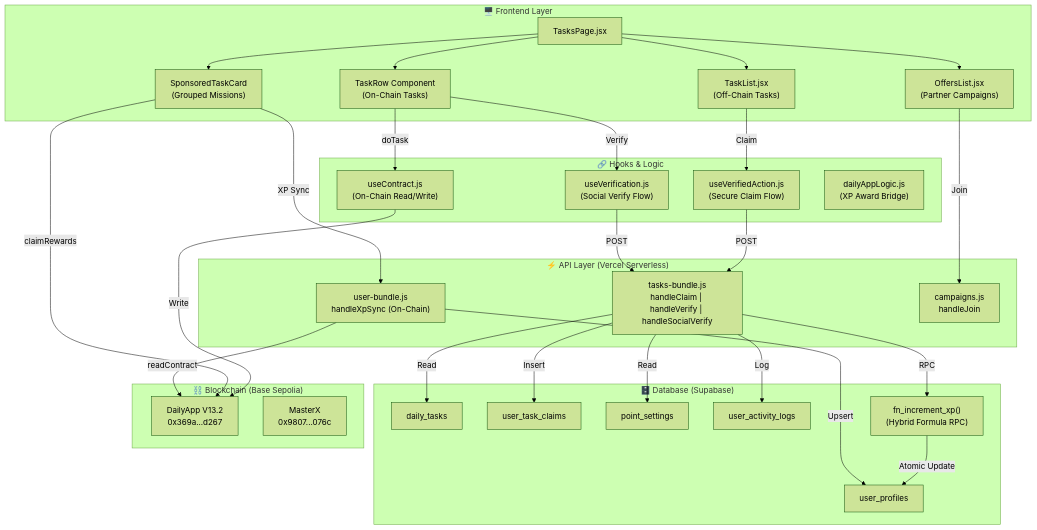
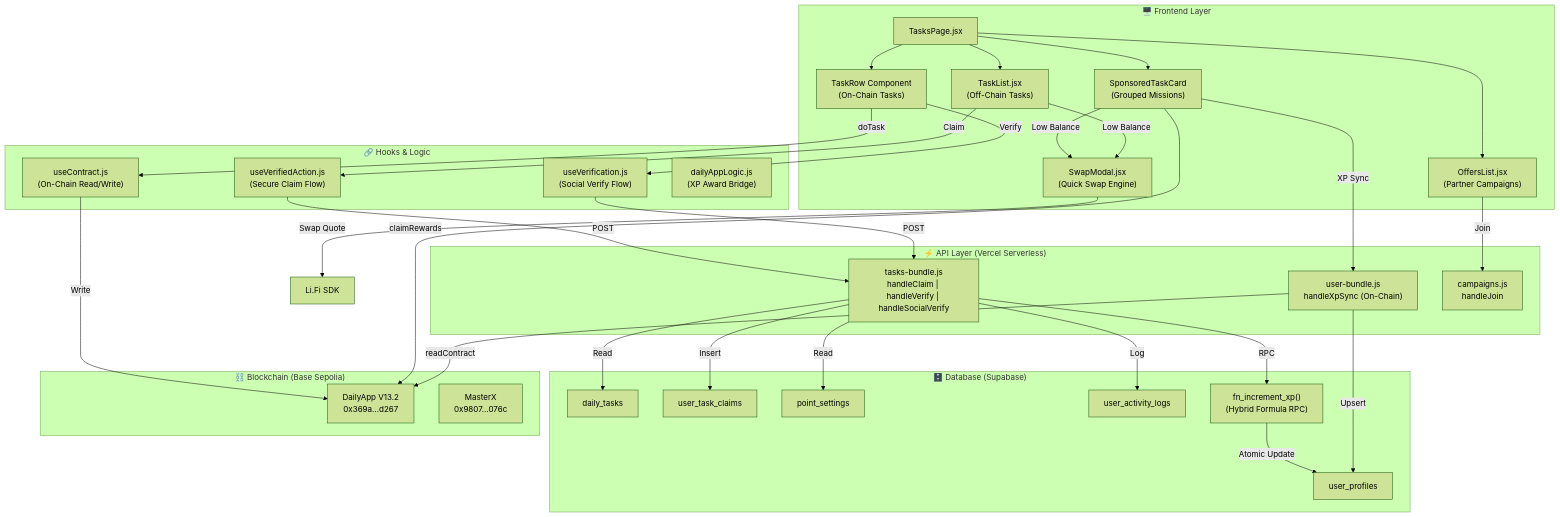
One commit to cryptodiscolab/Crypto_Discovery_App changed the first of 8 diagrams in PRD/TASK_FEATURE_WORKFLOW.md. Above: the diagram before and after it, drawn with Mermaid (forest theme). The commit also changed other lines of this file and 3 other files, not shown here.

````diff
--- a/PRD/TASK_FEATURE_WORKFLOW.md
+++ b/PRD/TASK_FEATURE_WORKFLOW.md
@@ -30,54 +30,58 @@
 ```mermaid
 graph TB
     subgraph "🖥️ Frontend Layer"
         TP["TasksPage.jsx"]
         TL["TaskList.jsx<br/>(Off-Chain Tasks)"]
         TR["TaskRow Component<br/>(On-Chain Tasks)"]
         STC["SponsoredTaskCard<br/>(Grouped Missions)"]
         OL["OffersList.jsx<br/>(Partner Campaigns)"]
+        SM["SwapModal.jsx<br/>(Quick Swap Engine)"]
     end
 
     subgraph "🔗 Hooks & Logic"
         UV["useVerification.js<br/>(Social Verify Flow)"]
         UVA["useVerifiedAction.js<br/>(Secure Claim Flow)"]
         UC["useContract.js<br/>(On-Chain Read/Write)"]
         DAL["dailyAppLogic.js<br/>(XP Award Bridge)"]
     end
 
     subgraph "⚡ API Layer (Vercel Serverless)"
         TB["tasks-bundle.js<br/>handleClaim | handleVerify | handleSocialVerify"]
         UB["user-bundle.js<br/>handleXpSync (On-Chain)"]
         CB["campaigns.js<br/>handleJoin"]
     end
 
     subgraph "🗄️ Database (Supabase)"
         DT["daily_tasks"]
         UTC["user_task_claims"]
         UP["user_profiles"]
         PS["point_settings"]
         UAL["user_activity_logs"]
         FN["fn_increment_xp()<br/>(Hybrid Formula RPC)"]
     end
 
     subgraph "⛓️ Blockchain (Base Sepolia)"
         DA["DailyApp V13.2<br/>0x369a...d267"]
         MX["MasterX<br/>0x9807...076c"]
     end
 
     TP --> TL & TR & STC & OL
     TL -->|Claim| UVA -->|POST| TB
     TR -->|doTask| UC -->|Write| DA
     TR -->|Verify| UV -->|POST| TB
     STC -->|claimRewards| DA
     STC -->|XP Sync| UB
     OL -->|Join| CB
+    SM -->|Swap Quote| LS[Li.Fi SDK]
+    STC -->|Low Balance| SM
+    TL -->|Low Balance| SM
 
     TB -->|Insert| UTC
     TB -->|RPC| FN
     TB -->|Read| PS & DT
     TB -->|Log| UAL
     FN -->|Atomic Update| UP
 
     UB -->|readContract| DA
     UB -->|Upsert| UP
 ```
````
